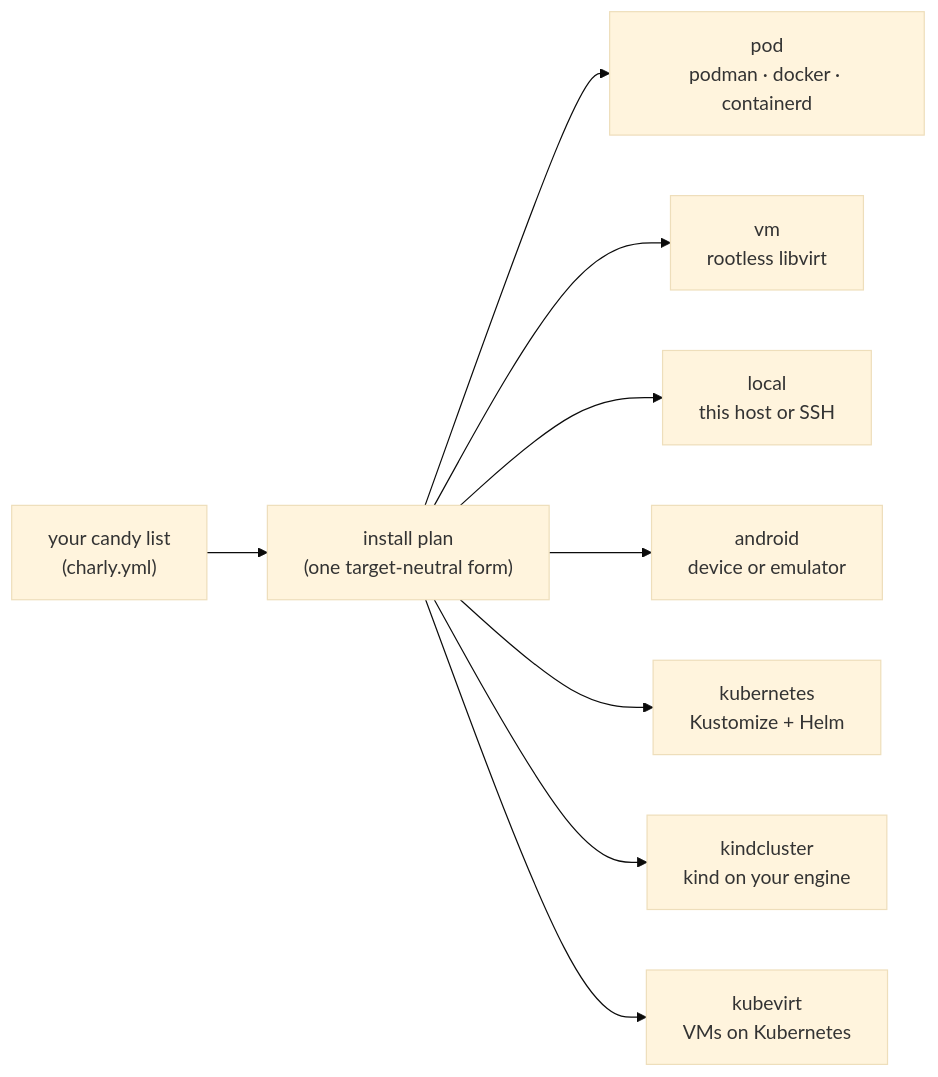
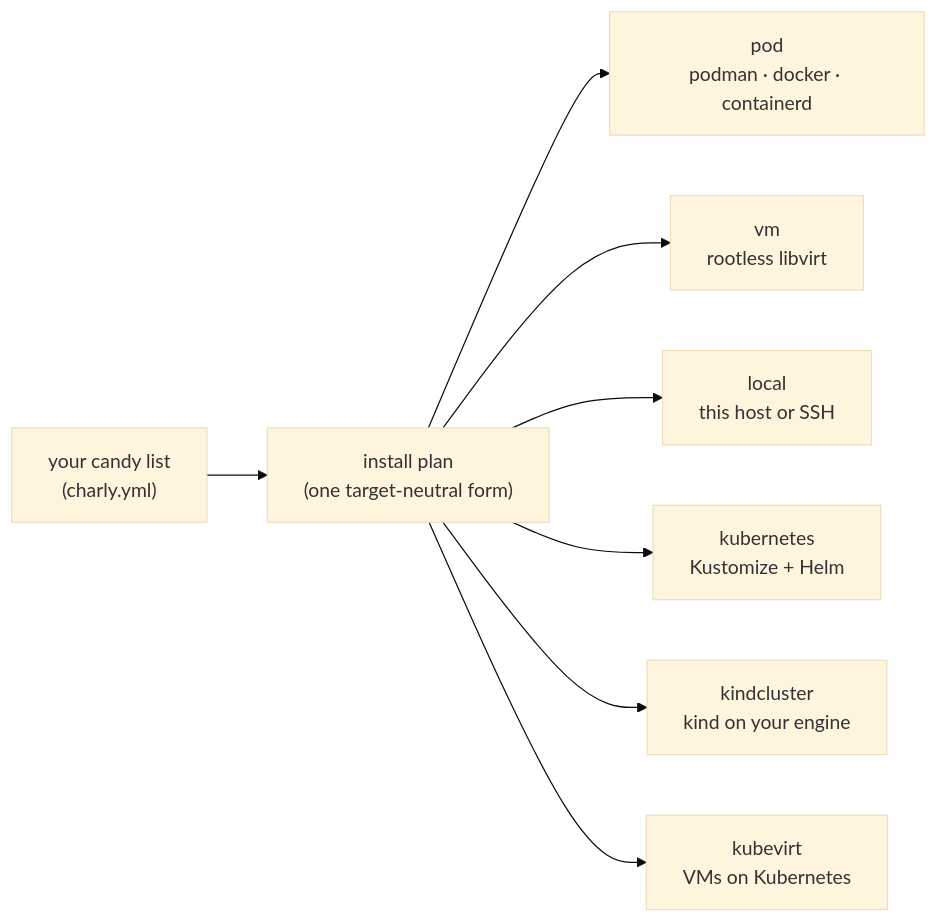
Before and after one commit to opencharly/docs: the diagram in src/content/docs/index.md, drawn with Mermaid (base theme). The commit also changed other lines of this file and 664 other files, not shown here.

````diff
--- a/src/content/docs/index.md
+++ b/src/content/docs/index.md
@@ -63,11 +63,10 @@
 ```mermaid
 flowchart LR
     C["your candy list<br/>(charly.yml)"] --> P["install plan<br/>(one target-neutral form)"]
     P --> pod["pod<br/>podman · docker · containerd"]
     P --> vm["vm<br/>rootless libvirt"]
     P --> local["local<br/>this host or SSH"]
-    P --> android["android<br/>device or emulator"]
     P --> k8s["kubernetes<br/>Kustomize + Helm"]
     P --> kind["kindcluster<br/>kind on your engine"]
     P --> kv["kubevirt<br/>VMs on Kubernetes"]
 ```
````
